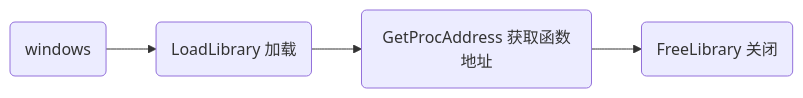
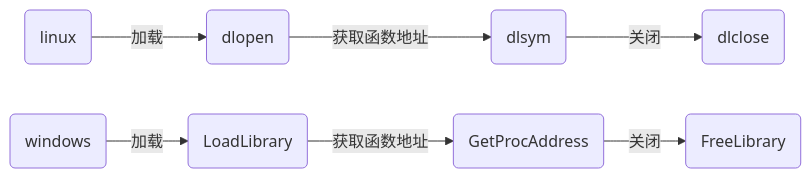
Before and after one commit to dmjcb/dmjcb.github.io: the fourth of 4 diagrams in _posts/c_c++/library/2023-02-28-dynamic library.md, drawn with Mermaid. The commit also changed other lines of this file and 16 other files, not shown here.

````diff
--- a/_posts/c_c++/library/2023-02-28-dynamic library.md
+++ b/_posts/c_c++/library/2023-02-28-dynamic library.md
@@ -302,4 +313,5 @@
 ```mermaid
 graph LR;
-    X(windows)-->A2(LoadLibrary 加载)-->B2(GetProcAddress 获取函数地址)-->C2(FreeLibrary 关闭)
+    A(linux)--加载-->A1(dlopen)--获取函数地址-->B1(dlsym)--关闭-->C1(dlclose)
+    B(windows)--加载-->A2(LoadLibrary)--获取函数地址-->B2(GetProcAddress)--关闭-->C2(FreeLibrary)
 ```
````
